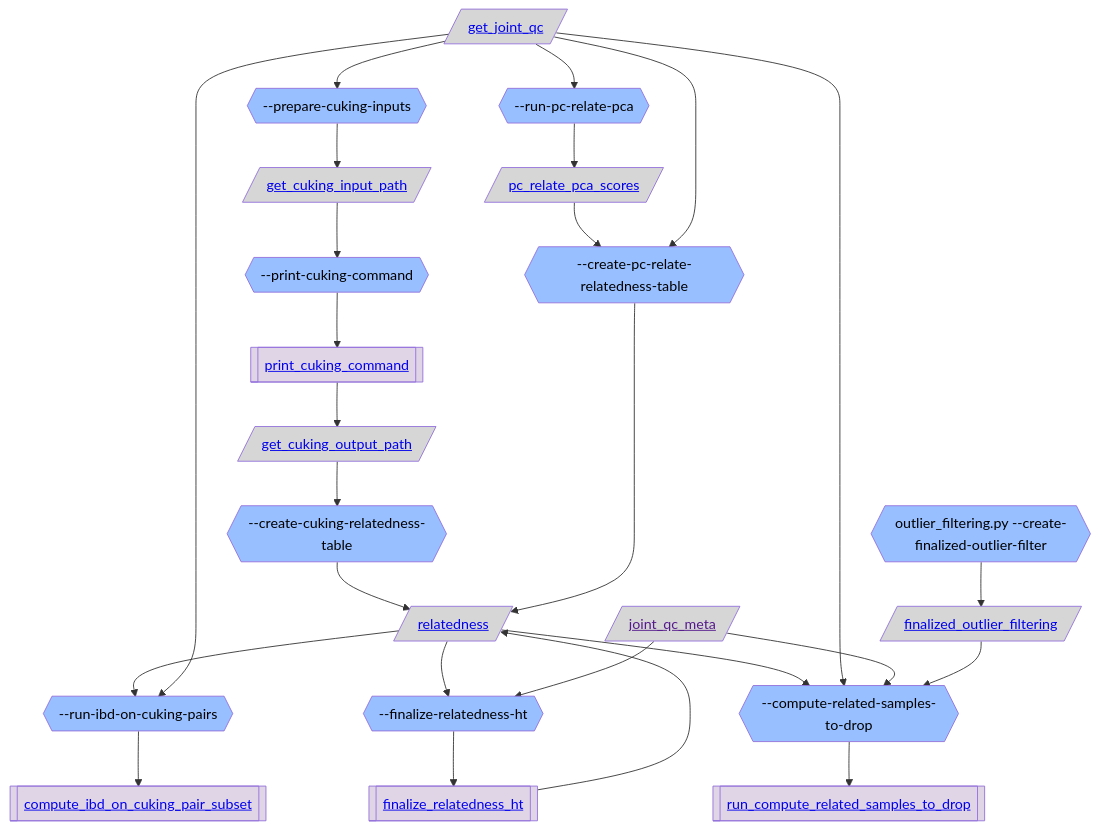
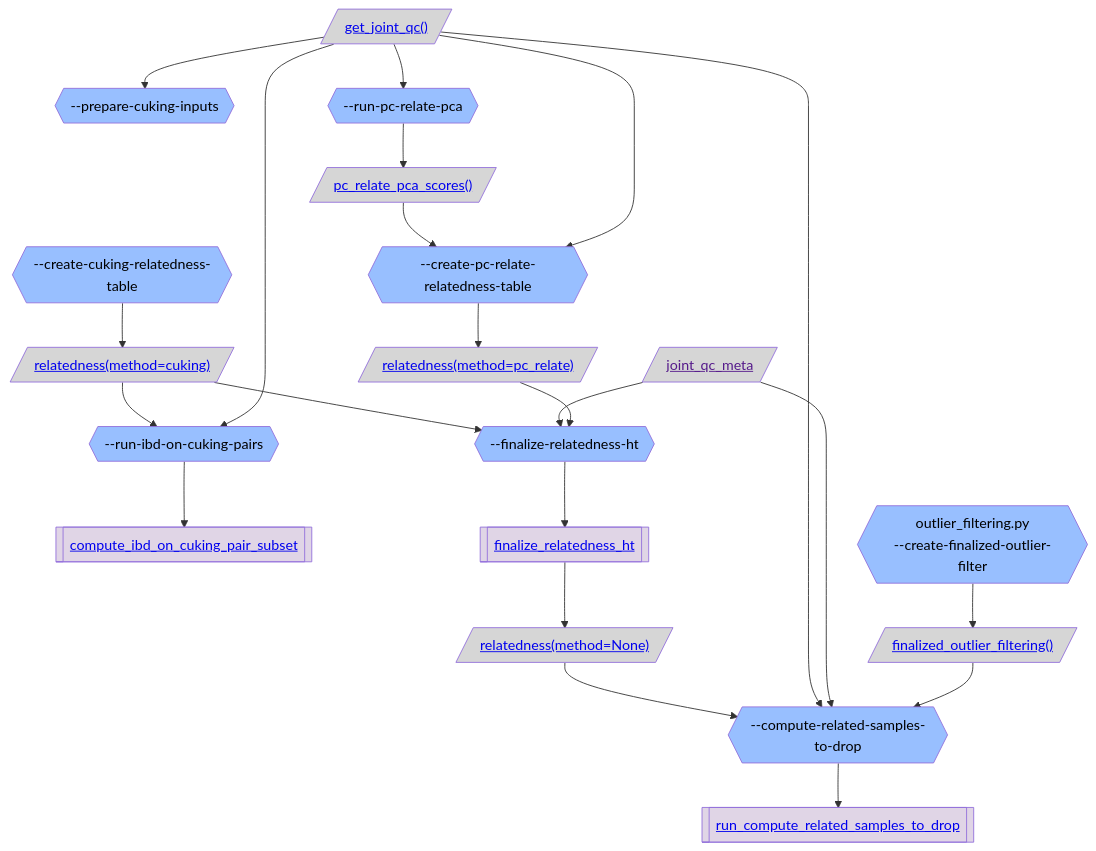
One commit to broadinstitute/gnomad_qc changed the second of 4 diagrams in gnomad_qc/v4/sample_qc/README.md. Above: the diagram before and after it, drawn with Mermaid. The commit also changed other lines of this file and 3 other files, not shown here.

````diff
--- a/gnomad_qc/v4/sample_qc/README.md
+++ b/gnomad_qc/v4/sample_qc/README.md
@@ -107,56 +148,51 @@
 ```mermaid
 flowchart TB;
   classDef script_color fill:#2C5D4A,color:#000000
   classDef step_color fill:#98BFFF,color:#000000
   classDef func_color fill:#E0D5E6,color:#000000
   classDef gnomad_methods_color fill:#F9F2CE,color:#000000
   classDef hail_color fill:#FAEACE,color:#000000
   classDef resource_color fill:#D6D6D6,color:#000000
   classDef validity_check_color fill:#2C5D4A,color:#000000
 
-  resource_get_joint_qc[/"<a href='https://github.com/broadinstitute/gnomad_qc/tree/main/gnomad_qc/v4/resources/sample_qc.py#L388'>get_joint_qc</a>"/]:::resource_color;
+  resource_get_joint_qc_[/"<a href='https://github.com/broadinstitute/gnomad_qc/tree/main/gnomad_qc/v4/resources/sample_qc.py#L388'>get_joint_qc()</a>"/]:::resource_color;
   step_prepare_cuking_inputs{{"--prepare-cuking-inputs"}}:::step_color;
-  resource_get_cuking_input_path[/"<a href='https://github.com/broadinstitute/gnomad_qc/tree/main/gnomad_qc/v4/resources/sample_qc.py#L423'>get_cuking_input_path</a>"/]:::resource_color;
-  step_print_cuking_command{{"--print-cuking-command"}}:::step_color;
-  func_print_cuking_command[["<a href='https://github.com/broadinstitute/gnomad_qc/tree/main/gnomad_qc/v4/sample_qc/relatedness.py#L46'>print_cuking_command</a>"]]:::func_color;
-  resource_get_cuking_output_path[/"<a href='https://github.com/broadinstitute/gnomad_qc/tree/main/gnomad_qc/v4/resources/sample_qc.py#L439'>get_cuking_output_path</a>"/]:::resource_color;
   step_create_cuking_relatedness_table{{"--create-cuking-relatedness-table"}}:::step_color;
-  resource_relatedness[/"<a href='https://github.com/broadinstitute/gnomad_qc/tree/main/gnomad_qc/v4/resources/sample_qc.py#L473'>relatedness</a>"/]:::resource_color;
+  resource_relatedness_method_cuking[/"<a href='https://github.com/broadinstitute/gnomad_qc/tree/main/gnomad_qc/v4/resources/sample_qc.py#L473'>relatedness(method=cuking)</a>"/]:::resource_color;
   step_run_ibd_on_cuking_pairs{{"--run-ibd-on-cuking-pairs"}}:::step_color;
   func_compute_ibd_on_cuking_pair_subset[["<a href='https://github.com/broadinstitute/gnomad_qc/tree/main/gnomad_qc/v4/sample_qc/relatedness.py#L93'>compute_ibd_on_cuking_pair_subset</a>"]]:::func_color;
   step_finalize_relatedness_ht{{"--finalize-relatedness-ht"}}:::step_color;
   func_finalize_relatedness_ht[["<a href='https://github.com/broadinstitute/gnomad_qc/tree/main/gnomad_qc/v4/sample_qc/relatedness.py#L175'>finalize_relatedness_ht</a>"]]:::func_color;
   resource_joint_qc_meta[/"<a href=''>joint_qc_meta</a>"/]:::resource_color;
   step_create_pc_relate_relatedness_table{{"--create-pc-relate-relatedness-table"}}:::step_color;
+  resource_relatedness_method_pc_relate[/"<a href='https://github.com/broadinstitute/gnomad_qc/tree/main/gnomad_qc/v4/resources/sample_qc.py#L473'>relatedness(method=pc_relate)</a>"/]:::resource_color;
+  resource_relatedness_method_None[/"<a href='https://github.com/broadinstitute/gnomad_qc/tree/main/gnomad_qc/v4/resources/sample_qc.py#L473'>relatedness(method=None)</a>"/]:::resource_color;
   step_compute_related_samples_to_drop{{"--compute-related-samples-to-drop"}}:::step_color;
   func_run_compute_related_samples_to_drop[["<a href='https://github.com/broadinstitute/gnomad_qc/tree/main/gnomad_qc/v4/sample_qc/relatedness.py#L315'>run_compute_related_samples_to_drop</a>"]]:::func_color;
-  step_create_finalized_outlier_filter{{"outlier_filtering.py --create-finalized-outlier-filter"}}:::step_color;
-  resource_finalized_outlier_filtering[/"<a href='https://github.com/broadinstitute/gnomad_qc/tree/main/gnomad_qc/v4/resources/sample_qc.py#L874'>finalized_outlier_filtering</a>"/]:::resource_color;
+  step_create_finalized_outlier_filter{{"outlier_filtering.py
+--create-finalized-outlier-filter"}}:::step_color;
+  resource_finalized_outlier_filtering_[/"<a href='https://github.com/broadinstitute/gnomad_qc/tree/main/gnomad_qc/v4/resources/sample_qc.py#L874'>finalized_outlier_filtering()</a>"/]:::resource_color;
   step_run_pc_relate_pca{{"--run-pc-relate-pca"}}:::step_color;
-  resource_pc_relate_pca_scores[/"<a href='https://github.com/broadinstitute/gnomad_qc/tree/main/gnomad_qc/v4/resources/sample_qc.py#L455'>pc_relate_pca_scores</a>"/]:::resource_color;
-  resource_get_joint_qc --> step_prepare_cuking_inputs;
-  step_prepare_cuking_inputs --> resource_get_cuking_input_path;
-  resource_get_cuking_input_path --> step_print_cuking_command;
-  step_print_cuking_command --> func_print_cuking_command;
-  func_print_cuking_command --> resource_get_cuking_output_path;
-  resource_get_cuking_output_path --> step_create_cuking_relatedness_table;
-  step_create_cuking_relatedness_table --> resource_relatedness;
-  resource_relatedness --> step_run_ibd_on_cuking_pairs;
+  resource_pc_relate_pca_scores_[/"<a href='https://github.com/broadinstitute/gnomad_qc/tree/main/gnomad_qc/v4/resources/sample_qc.py#L455'>pc_relate_pca_scores()</a>"/]:::resource_color;
+  resource_get_joint_qc_ --> step_prepare_cuking_inputs;
+  step_create_cuking_relatedness_table --> resource_relatedness_method_cuking;
+  resource_relatedness_method_cuking --> step_run_ibd_on_cuking_pairs;
   step_run_ibd_on_cuking_pairs --> func_compute_ibd_on_cuking_pair_subset;
-  resource_get_joint_qc --> step_run_ibd_on_cuking_pairs;
-  resource_relatedness --> step_finalize_relatedness_ht;
+  resource_get_joint_qc_ --> step_run_ibd_on_cuking_pairs;
+  resource_relatedness_method_cuking --> step_finalize_relatedness_ht;
   step_finalize_relatedness_ht --> func_finalize_relatedness_ht;
   resource_joint_qc_meta --> step_finalize_relatedness_ht;
-  step_create_pc_relate_relatedness_table --> resource_relatedness;
-  func_finalize_relatedness_ht --> resource_relatedness;
-  resource_relatedness --> step_compute_related_samples_to_drop;
+  step_create_pc_relate_relatedness_table --> resource_relatedness_method_pc_relate;
+  resource_relatedness_method_pc_relate --> step_finalize_relatedness_ht;
+  func_finalize_relatedness_ht --> resource_relatedness_method_None;
+  resource_relatedness_method_None --> step_compute_related_samples_to_drop;
   step_compute_related_samples_to_drop --> func_run_compute_related_samples_to_drop;
-  resource_get_joint_qc --> step_compute_related_samples_to_drop;
+  resource_get_joint_qc_ --> step_compute_related_samples_to_drop;
   resource_joint_qc_meta --> step_compute_related_samples_to_drop;
-  step_create_finalized_outlier_filter --> resource_finalized_outlier_filtering;
-  resource_finalized_outlier_filtering --> step_compute_related_samples_to_drop;
-  resource_get_joint_qc --> step_run_pc_relate_pca;
-  step_run_pc_relate_pca --> resource_pc_relate_pca_scores;
-  resource_pc_relate_pca_scores --> step_create_pc_relate_relatedness_table;
-  resource_get_joint_qc --> step_create_pc_relate_relatedness_table;
+  step_create_finalized_outlier_filter --> resource_finalized_outlier_filtering_;
+  resource_finalized_outlier_filtering_ --> step_compute_related_samples_to_drop;
+  resource_get_joint_qc_ --> step_run_pc_relate_pca;
+  step_run_pc_relate_pca --> resource_pc_relate_pca_scores_;
+  resource_pc_relate_pca_scores_ --> step_create_pc_relate_relatedness_table;
+  resource_get_joint_qc_ --> step_create_pc_relate_relatedness_table;
 ```
````
